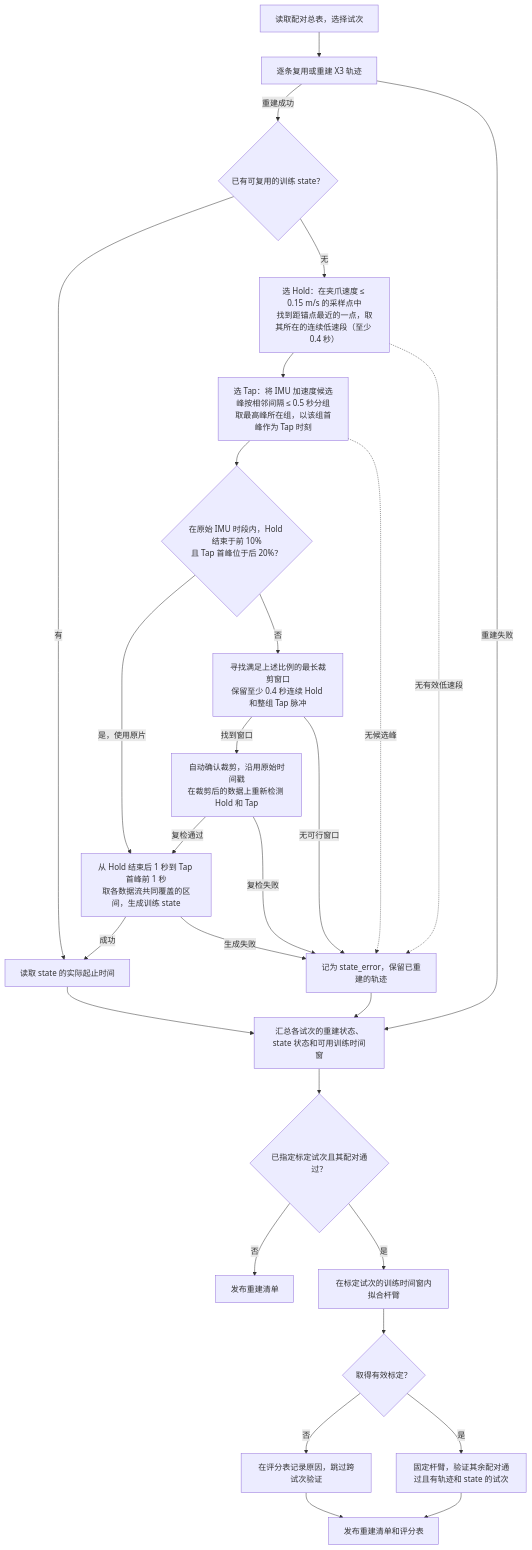
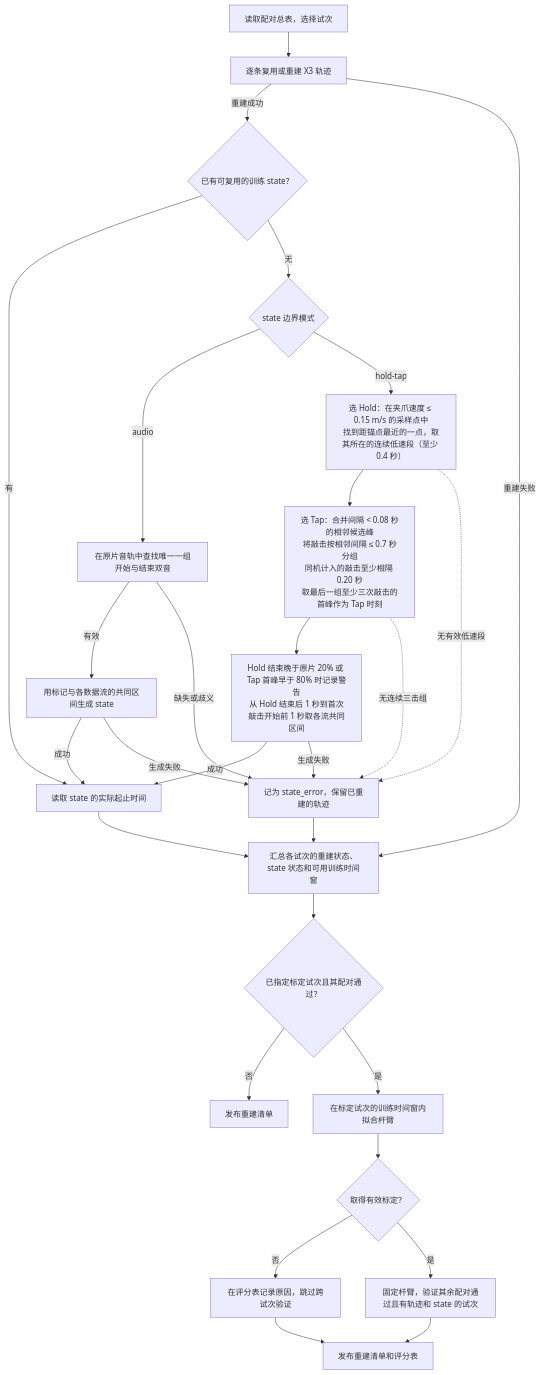
The diagram in docs/reconstruct_and_compare_with_vicon.md (KejiaChen/specialist), drawn with Mermaid before and after one commit. The commit also changed other lines of this file and 16 other files, not shown here.

````diff
--- a/docs/reconstruct_and_compare_with_vicon.md
+++ b/docs/reconstruct_and_compare_with_vicon.md
@@ -40,30 +48,30 @@
 ```mermaid
 flowchart TD
     A["读取配对总表，选择试次"] --> B["逐条复用或重建 X3 轨迹"]
     B -->|重建成功| C{"已有可复用的训练 state？"}
     C -->|有| R["读取 state 的实际起止时间"]
-    C -->|无| Hold["选 Hold：在夹爪速度 ≤ 0.15 m/s 的采样点中<br/>找到距锚点最近的一点，取其所在的连续低速段（至少 0.4 秒）"]
-    Hold --> Tap["选 Tap：将 IMU 加速度候选峰按相邻间隔 ≤ 0.5 秒分组<br/>取最高峰所在组，以该组首峰作为 Tap 时刻"]
-    Tap --> P{"在原始 IMU 时段内，Hold 结束于前 10%<br/>且 Tap 首峰位于后 20%？"}
-    P -->|是，使用原片| W["从 Hold 结束后 1 秒到 Tap 首峰前 1 秒<br/>取各数据流共同覆盖的区间，生成训练 state"]
-    P -->|否| T["寻找满足上述比例的最长裁剪窗口<br/>保留至少 0.4 秒连续 Hold 和整组 Tap 脉冲"]
-    T -->|找到窗口| V["自动确认裁剪，沿用原始时间戳<br/>在裁剪后的数据上重新检测 Hold 和 Tap"]
-    V -->|复检通过| W
-    T -->|无可行窗口| X["记为 state_error，保留已重建的轨迹"]
-    Hold -.无有效低速段.-> X
-    Tap -.无候选峰.-> X
-    V -->|复检失败| X
+    C -->|无| Mode{"state 边界模式"}
+    Mode -->|audio| Audio["在原片音轨中查找唯一一组开始与结束双音"]
+    Audio -->|有效| AW["用标记与各数据流的共同区间生成 state"]
+    Audio -->|缺失或歧义| X
+    AW -->|成功| R
+    AW -->|生成失败| X
+    Mode -->|hold-tap| Hold["选 Hold：在夹爪速度 ≤ 0.15 m/s 的采样点中<br/>找到距锚点最近的一点，取其所在的连续低速段（至少 0.4 秒）"]
+    Hold --> Tap["选 Tap：合并间隔 < 0.08 秒的相邻候选峰<br/>将敲击按相邻间隔 ≤ 0.7 秒分组<br/>同机计入的敲击至少相隔 0.20 秒<br/>取最后一组至少三次敲击的首峰作为 Tap 时刻"]
+    Tap --> W["Hold 结束晚于原片 20% 或 Tap 首峰早于 80% 时记录警告<br/>从 Hold 结束后 1 秒到首次敲击开始前 1 秒取各流共同区间"]
+    Hold -.无有效低速段.-> X["记为 state_error，保留已重建的轨迹"]
+    Tap -.无连续三击组.-> X
     W -->|成功| R
     W -->|生成失败| X
     R --> D["汇总各试次的重建状态、state 状态和可用训练时间窗"]
     X --> D
     B -->|重建失败| D
     D --> E{"已指定标定试次且其配对通过？"}
     E -->|否| F["发布重建清单"]
     E -->|是| G["在标定试次的训练时间窗内拟合杆臂"]
     G --> H{"取得有效标定？"}
     H -->|否| I["在评分表记录原因，跳过跨试次验证"]
     H -->|是| J["固定杆臂，验证其余配对通过且有轨迹和 state 的试次"]
     I --> K["发布重建清单和评分表"]
     J --> K
 ```
````
